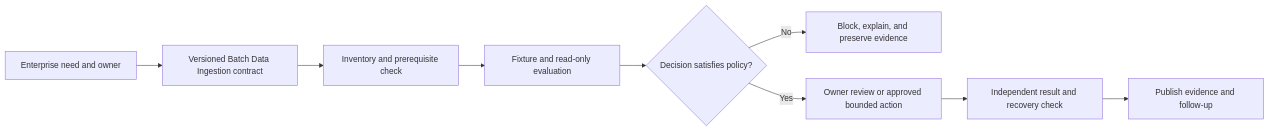
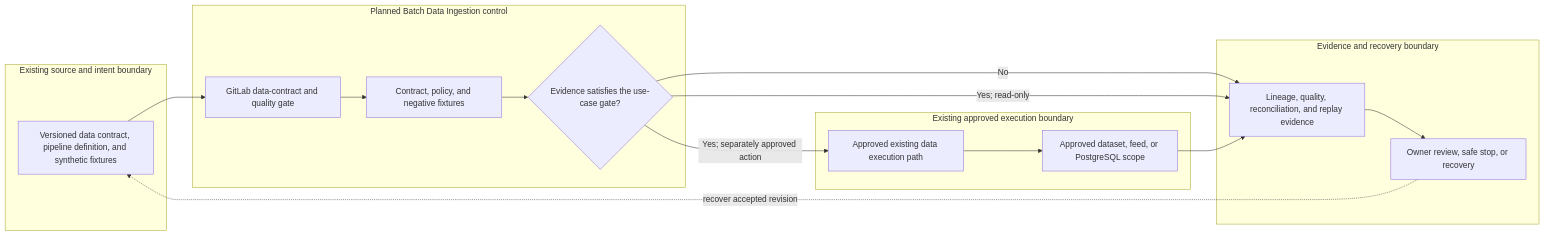
Before and after one commit to MIDHTECH/enterprise-architecture-docs: the diagram in docs/use-cases/data/UC-DATA-002-batch-data-ingestion.md, drawn with Mermaid. The commit also changed other lines of this file and 227 other files, not shown here.

Commit message:
Deepen architecture for all use case designs

````diff
--- a/docs/use-cases/data/UC-DATA-002-batch-data-ingestion.md
+++ b/docs/use-cases/data/UC-DATA-002-batch-data-ingestion.md
@@ -136,11 +129,25 @@
 ```mermaid
 flowchart LR
-    Need["Enterprise need and owner"] --> Contract["Versioned Batch Data Ingestion contract"]
-    Contract --> Preflight["Inventory and prerequisite check"]
-    Preflight --> Evaluate["Fixture and read-only evaluation"]
-    Evaluate --> Decision{"Decision satisfies policy?"}
-    Decision -->|No| Stop["Block, explain, and preserve evidence"]
-    Decision -->|Yes| Review["Owner review or approved bounded action"]
-    Review --> Verify["Independent result and recovery check"]
-    Verify --> Publish["Publish evidence and follow-up"]
+    subgraph Source["Existing source and intent boundary"]
+        A["Versioned data contract, pipeline definition, and synthetic fixtures"]
+    end
+    subgraph Planned["Planned Batch Data Ingestion control"]
+        B["GitLab data-contract and quality gate"]
+        C["Contract, policy, and negative fixtures"]
+        D{"Evidence satisfies the use-case gate?"}
+    end
+    subgraph Runtime["Existing approved execution boundary"]
+        E["Approved existing data execution path"]
+        F["Approved dataset, feed, or PostgreSQL scope"]
+    end
+    subgraph Assurance["Evidence and recovery boundary"]
+        G["Lineage, quality, reconciliation, and replay evidence"]
+        H["Owner review, safe stop, or recovery"]
+    end
+
+    A --> B --> C --> D
+    D -->|No| G --> H
+    D -->|Yes; read-only| G
+    D -->|Yes; separately approved action| E --> F --> G
+    H -. recover accepted revision .-> A
 ```
````
